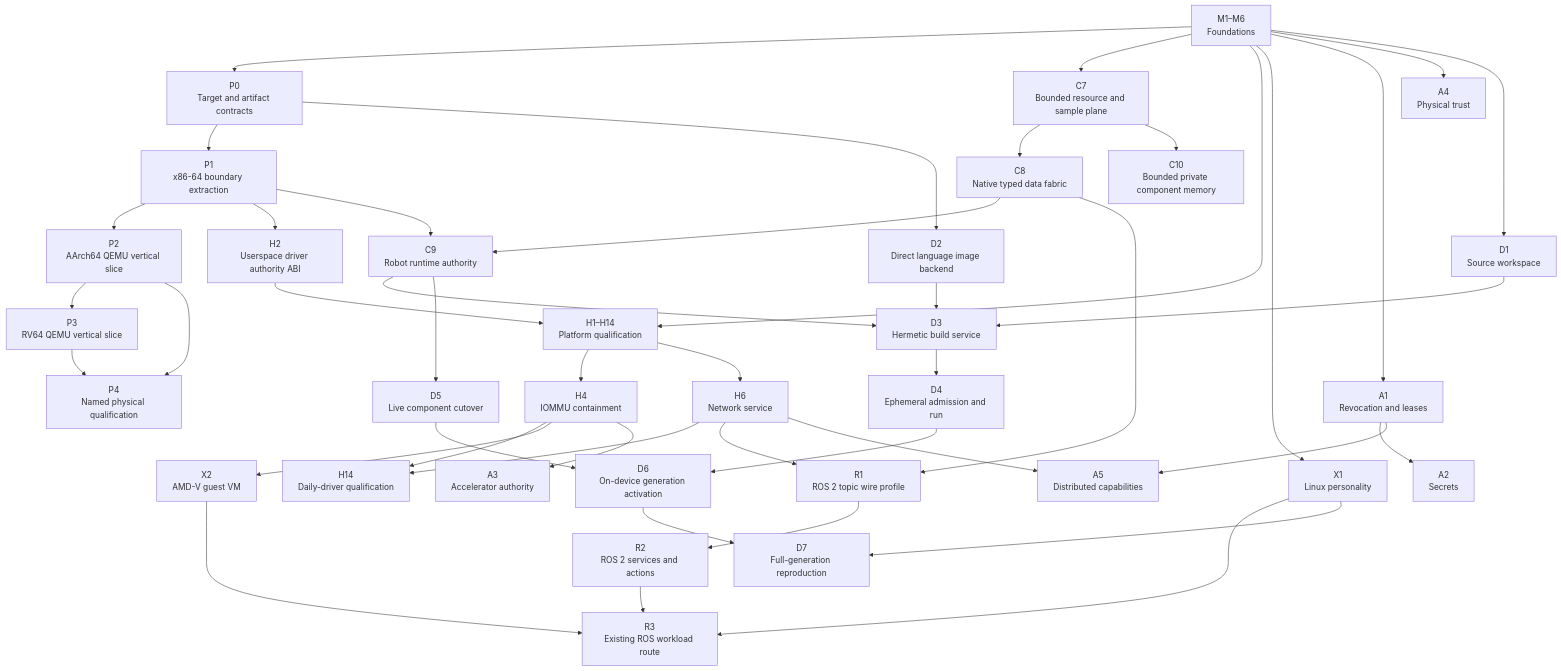
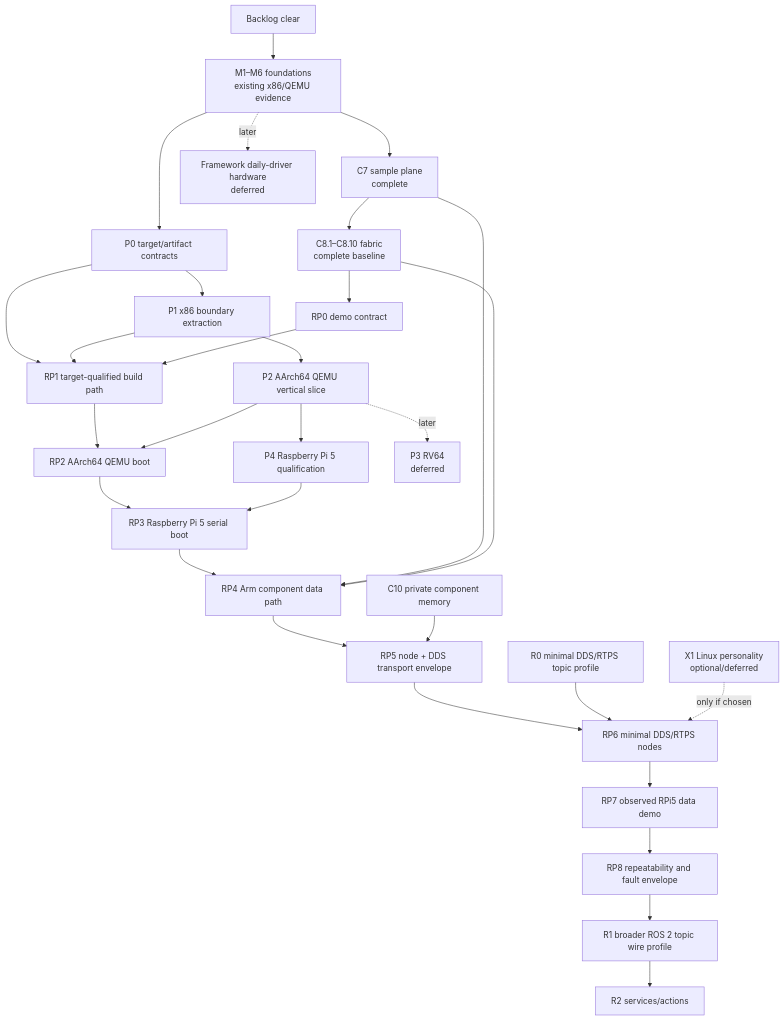
One commit to iceice666/slime_os changed the diagram in roadmap/README.md. Above: the diagram before and after it, drawn with Mermaid. The commit also changed other lines of this file and 5 other files, not shown here.

First line of the commit message:
docs(repo/roadmap): retarget roadmap at RPi5 ROS 2 demo

````diff
--- a/roadmap/README.md
+++ b/roadmap/README.md
@@ -36,80 +44,45 @@
 ```mermaid
 flowchart TD
-    Foundations["M1–M6<br/>Foundations"]
-    P0["P0<br/>Target and artifact contracts"]
-    P1["P1<br/>x86-64 boundary extraction"]
-    P2["P2<br/>AArch64 QEMU vertical slice"]
-    P3["P3<br/>RV64 QEMU vertical slice"]
-    P4["P4<br/>Named physical qualification"]
+    Backlog["Backlog clear"]
+    Foundations["M1–M6 foundations\nexisting x86/QEMU evidence"]
+    C7["C7 sample plane\ncomplete"]
+    C8["C8.1–C8.10 fabric\ncomplete baseline"]
+    P0["P0 target/artifact contracts"]
+    P1["P1 x86 boundary extraction"]
+    P2["P2 AArch64 QEMU vertical slice"]
+    P4["P4 Raspberry Pi 5 qualification"]
+    C10["C10 private component memory"]
+    R0["R0 minimal DDS/RTPS topic profile"]
+    RP0["RP0 demo contract"]
+    RP1["RP1 target-qualified build path"]
+    RP2["RP2 AArch64 QEMU boot"]
+    RP3["RP3 Raspberry Pi 5 serial boot"]
+    RP4["RP4 Arm component data path"]
+    RP5["RP5 node + DDS transport envelope"]
+    RP6["RP6 minimal DDS/RTPS nodes"]
+    RP7["RP7 observed RPi5 data demo"]
+    RP8["RP8 repeatability and fault envelope"]
+    R1["R1 broader ROS 2 topic wire profile"]
+    R2["R2 services/actions"]
+    Framework["Framework daily-driver hardware\ndeferred"]
+    RV64["P3 RV64\ndeferred"]
+    X1["X1 Linux personality\noptional/deferred"]
 
-    C7["C7<br/>Bounded resource and sample plane"]
-    C8["C8<br/>Native typed data fabric"]
-    C9["C9<br/>Robot runtime authority"]
-    C10["C10<br/>Bounded private component memory"]
-    H2["H2<br/>Userspace driver authority ABI"]
-
-    R1["R1<br/>ROS 2 topic wire profile"]
-    R2["R2<br/>ROS 2 services and actions"]
-    R3["R3<br/>Existing ROS workload route"]
-
-    Hardware["H1–H14<br/>Platform qualification"]
-    H4["H4<br/>IOMMU containment"]
-    H6["H6<br/>Network service"]
-    H14["H14<br/>Daily-driver qualification"]
-
-    X1["X1<br/>Linux personality"]
-    X2["X2<br/>AMD-V guest VM"]
-
-    A1["A1<br/>Revocation and leases"]
-    A2["A2<br/>Secrets"]
-    A3["A3<br/>Accelerator authority"]
-    A4["A4<br/>Physical trust"]
-    A5["A5<br/>Distributed capabilities"]
-    D1["D1<br/>Source workspace"]
-    D2["D2<br/>Direct language image backend"]
-    D3["D3<br/>Hermetic build service"]
-    D4["D4<br/>Ephemeral admission and run"]
-    D5["D5<br/>Live component cutover"]
-    D6["D6<br/>On-device generation activation"]
-    D7["D7<br/>Full-generation reproduction"]
-
-    Foundations --> P0 --> P1 --> P2 --> P3
-    P2 --> P4
-    P3 --> P4
-    P1 --> H2
-    P1 --> C9
-
+    Backlog --> Foundations
     Foundations --> C7 --> C8
-    C7 --> C10
-    C8 --> C9
-    C8 --> R1 --> R2 --> R3
-
-    Foundations --> Hardware
-    H2 --> Hardware
-    Hardware --> H4
-    Hardware --> H6
-    H4 --> H14
-    H6 --> H14
-
-    H6 --> R1
-    Foundations --> X1 --> R3
-    H4 --> X2 --> R3
-
-    Foundations --> A1 --> A2
-    H4 --> A3
-    Foundations --> A4
-    A1 --> A5
-    H6 --> A5
-
-    Foundations --> D1
-    P0 --> D2
-    D1 --> D3
-    D2 --> D3
-    C9 --> D3
-    D3 --> D4
-    C9 --> D5
-    D4 --> D6
-    D5 --> D6
-    D6 --> D7
-    X1 --> D7
+    Foundations --> P0 --> P1 --> P2 --> P4
+    C8 --> RP0
+    P0 --> RP1
+    P1 --> RP1
+    RP0 --> RP1 --> RP2 --> RP3 --> RP4 --> RP5 --> RP6 --> RP7 --> RP8
+    P2 --> RP2
+    P4 --> RP3
+    C7 --> RP4
+    C8 --> RP4
+    C10 --> RP5
+    R0 --> RP6
+    X1 -.->|only if chosen| RP6
+    RP8 --> R1 --> R2
+    P2 -.->|later| RV64
+    Foundations -.->|later| Framework
 ```
````
